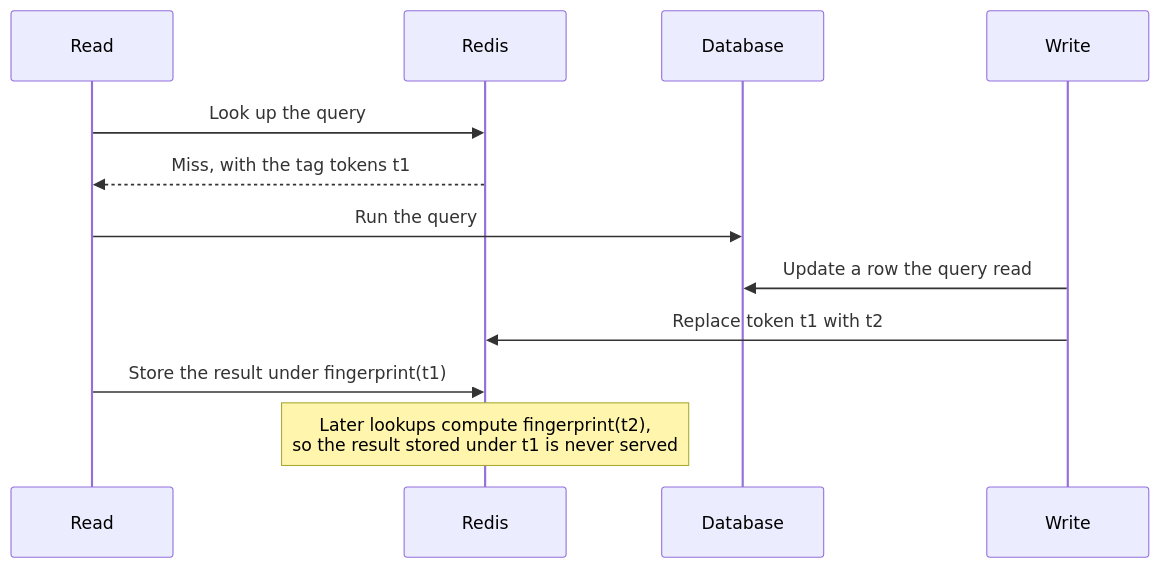
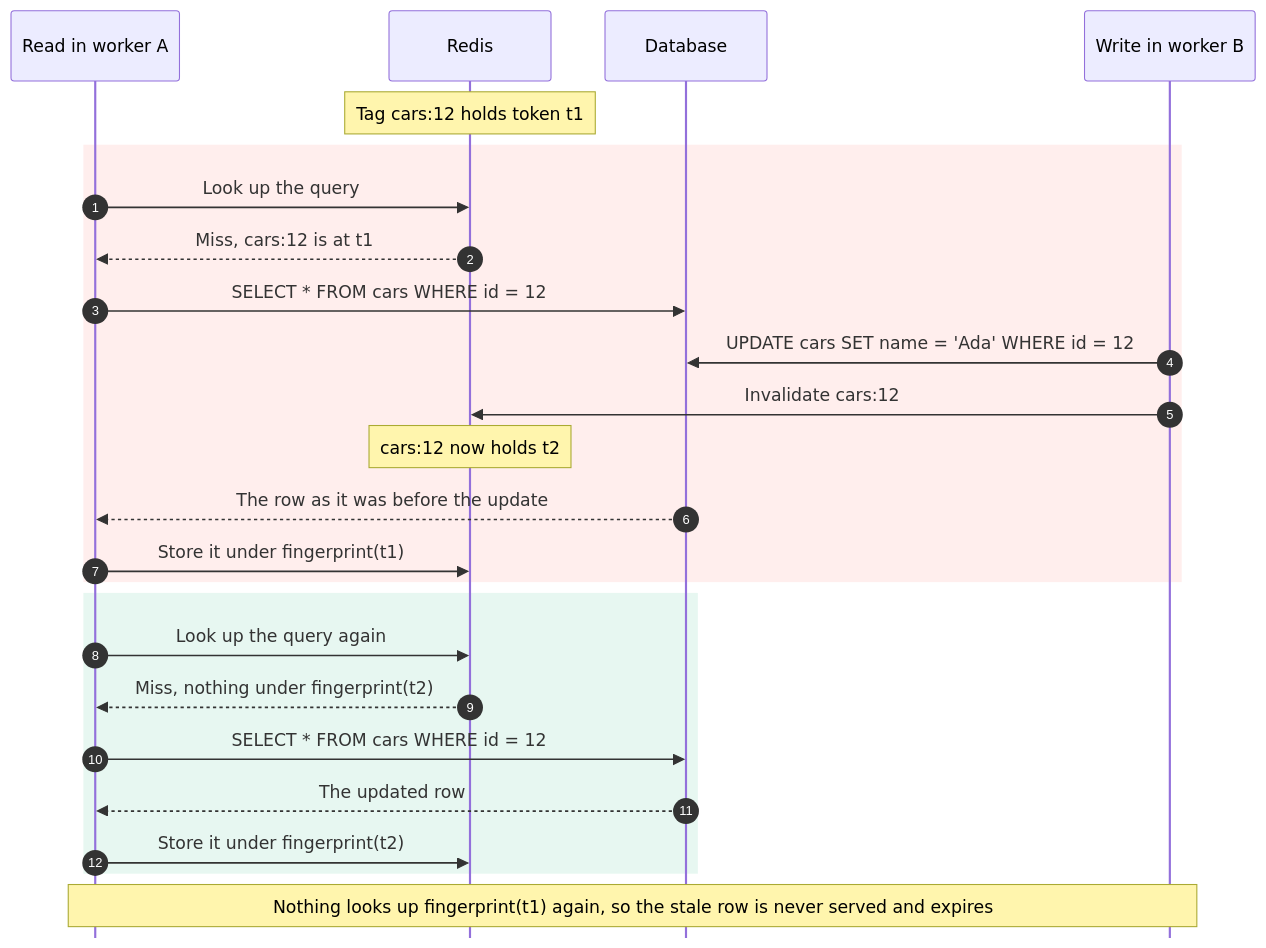
One commit to Kontainer-Dam-and-Pim/laravel-model-cache changed the diagram in README.md. Above: the diagram before and after it, drawn with Mermaid.

Commit message:
Tell the read and write race in the README diagram step by step
The diagram used abstract labels and no grouping. It now follows one
row through concrete SQL, numbers the steps, tints the race and the
next read differently, and shows the token change where it happens.

````diff
--- a/README.md
+++ b/README.md
@@ -208,14 +208,29 @@
 ```mermaid
+%%{init: {"sequence": {"mirrorActors": false}}}%%
 sequenceDiagram
-    participant Read
-    participant Redis
-    participant Database
-    participant Write
-    Read->>Redis: Look up the query
-    Redis-->>Read: Miss, with the tag tokens t1
-    Read->>Database: Run the query
-    Write->>Database: Update a row the query read
-    Write->>Redis: Replace token t1 with t2
-    Read->>Redis: Store the result under fingerprint(t1)
-    Note over Redis: Later lookups compute fingerprint(t2),<br/>so the result stored under t1 is never served
+    autonumber
+    participant A as Read in worker A
+    participant R as Redis
+    participant D as Database
+    participant B as Write in worker B
+
+    Note over R: Tag cars:12 holds token t1
+    rect rgba(255, 45, 32, 0.08)
+        A->>R: Look up the query
+        R-->>A: Miss, cars:12 is at t1
+        A->>D: SELECT * FROM cars WHERE id = 12
+        B->>D: UPDATE cars SET name = 'Ada' WHERE id = 12
+        B->>R: Invalidate cars:12
+        Note over R: cars:12 now holds t2
+        D-->>A: The row as it was before the update
+        A->>R: Store it under fingerprint(t1)
+    end
+    rect rgba(27, 175, 122, 0.10)
+        A->>R: Look up the query again
+        R-->>A: Miss, nothing under fingerprint(t2)
+        A->>D: SELECT * FROM cars WHERE id = 12
+        D-->>A: The updated row
+        A->>R: Store it under fingerprint(t2)
+    end
+    Note over A,B: Nothing looks up fingerprint(t1) again, so the stale row is never served and expires
 ```
````
